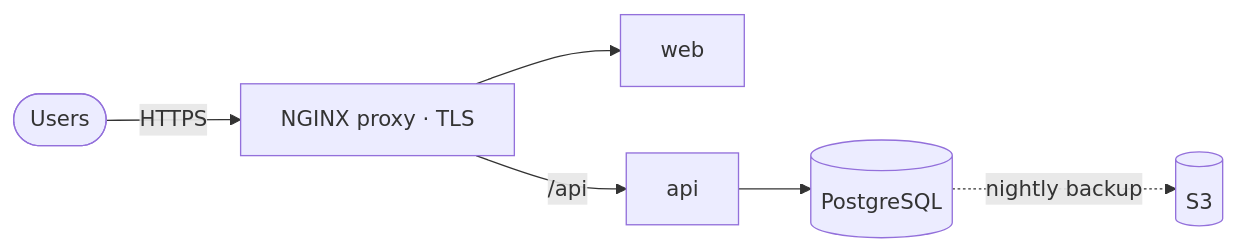
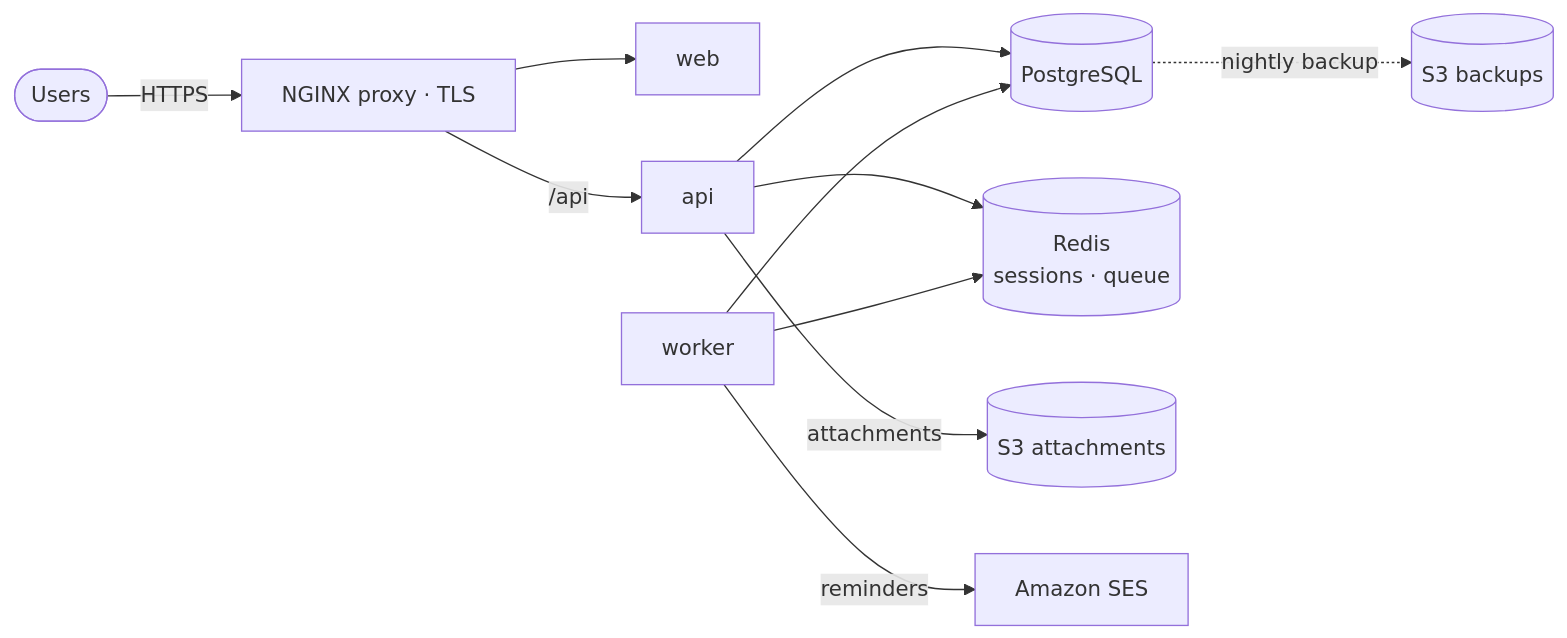
Before and after one commit to BilalNagina/taskboard: the diagram in README.md, drawn with Mermaid. The commit also changed other lines of this file and 43 other files, not shown here.

````diff
--- a/README.md
+++ b/README.md
@@ -20,8 +23,13 @@
 ```mermaid
 flowchart LR
   user([Users]) -- HTTPS --> proxy["NGINX proxy · TLS"]
   proxy --> web["web"]
   proxy -- /api --> api["api"]
   api --> db[("PostgreSQL")]
-  db -. nightly backup .-> s3[("S3")]
+  api --> redis[("Redis<br/>sessions · queue")]
+  worker["worker"] --> redis
+  worker --> db
+  api -- attachments --> files[("S3 attachments")]
+  worker -- reminders --> ses["Amazon SES"]
+  db -. nightly backup .-> s3[("S3 backups")]
 ```
````
